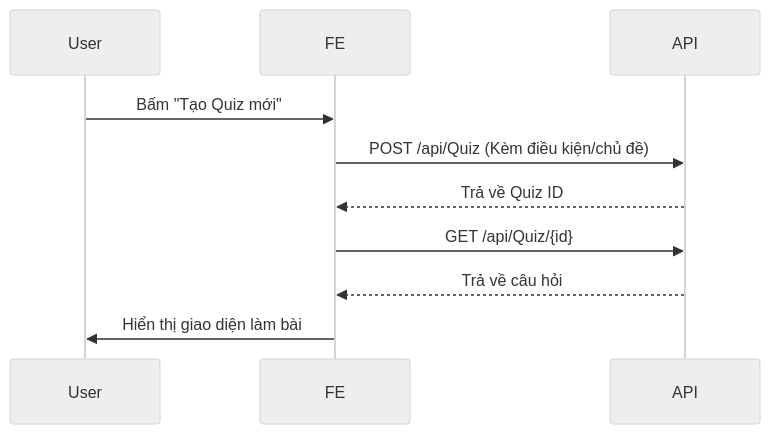
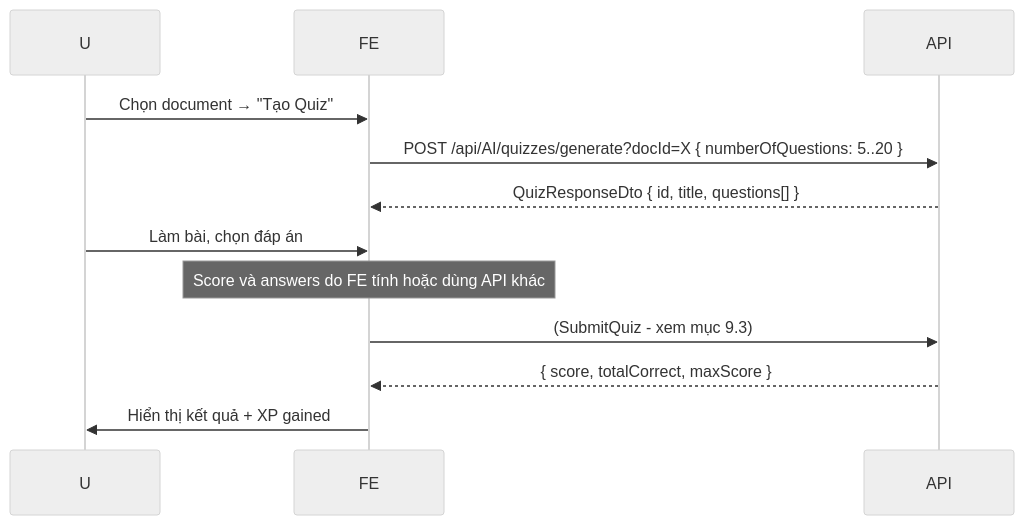
The sixth of 10 diagrams in docs/FRONTEND_GUIDE.md (SWP391-SU26-SE1923-GROUP5/BE-SWP), drawn with Mermaid (neutral theme) before and after one commit. The commit also changed other lines of this file, not shown here.

First line of the commit message:
docs(frontend): refresh FRONTEND_GUIDE with new API endpoints and tier pricing

````diff
--- a/docs/FRONTEND_GUIDE.md
+++ b/docs/FRONTEND_GUIDE.md
@@ -37,9 +132,11 @@
 ```mermaid
 sequenceDiagram
-    User->>FE: Bấm "Tạo Quiz mới"
-    FE->>API: POST /api/Quiz (Kèm điều kiện/chủ đề)
-    API-->>FE: Trả về Quiz ID
-    FE->>API: GET /api/Quiz/{id}
-    API-->>FE: Trả về câu hỏi
-    FE->>User: Hiển thị giao diện làm bài
+    U->>FE: Chọn document → "Tạo Quiz"
+    FE->>API: POST /api/AI/quizzes/generate?docId=X { numberOfQuestions: 5..20 }
+    API-->>FE: QuizResponseDto { id, title, questions[] }
+    U->>FE: Làm bài, chọn đáp án
+    Note over FE: Score và answers do FE tính hoặc dùng API khác
+    FE->>API: (SubmitQuiz - xem mục 9.3)
+    API-->>FE: { score, totalCorrect, maxScore }
+    FE->>U: Hiển thị kết quả + XP gained
 ```
````
